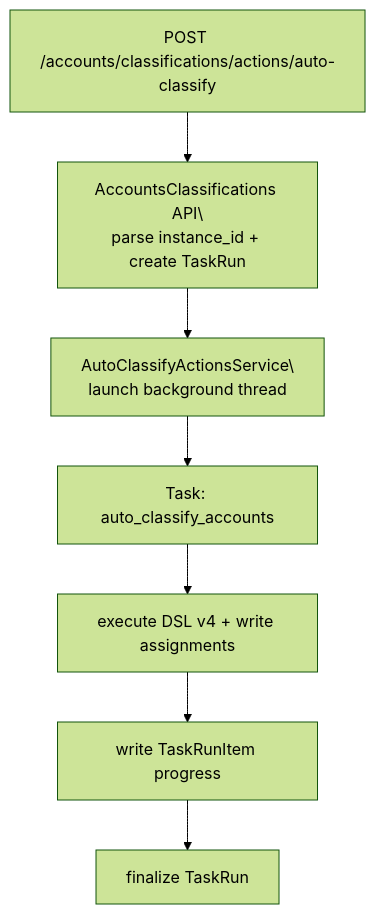
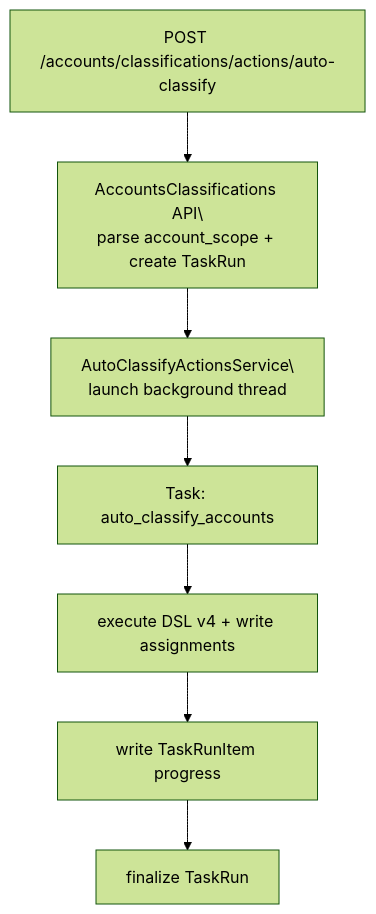
Before and after one commit to nyealovey/WhaleFall: the diagram in docs/Obsidian/reference/service/auto-classify-service.md, drawn with Mermaid (forest theme). The commit also changed other lines of this file and 27 other files, not shown here.

````diff
--- a/docs/Obsidian/reference/service/auto-classify-service.md
+++ b/docs/Obsidian/reference/service/auto-classify-service.md
@@ -58,9 +58,9 @@
 ```mermaid
 flowchart TB
-    A["POST /accounts/classifications/actions/auto-classify"] --> API["AccountsClassifications API\\nparse instance_id + create TaskRun"]
+    A["POST /accounts/classifications/actions/auto-classify"] --> API["AccountsClassifications API\\nparse account_scope + create TaskRun"]
     API --> Act["AutoClassifyActionsService\\nlaunch background thread"]
     Act --> Task["Task: auto_classify_accounts"]
     Task --> Run["execute DSL v4 + write assignments"]
     Run --> Progress["write TaskRunItem progress"]
     Progress --> Final["finalize TaskRun"]
 ```
````
